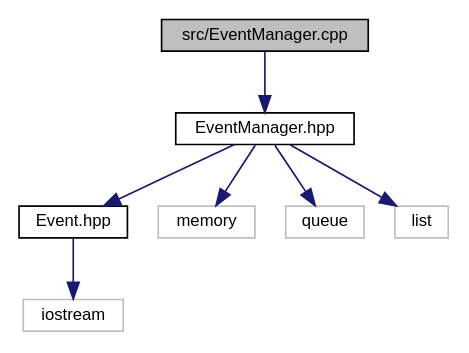
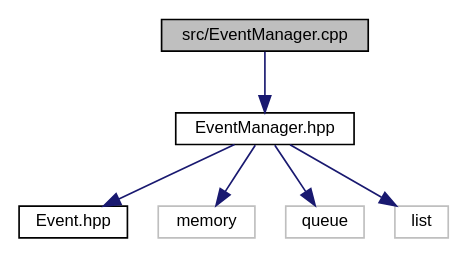
The diagram in _event_manager_8cpp__incl.dot (Wisteca/FilRougeDoc), drawn with Graphviz before and after one commit. The commit also changed 121 other files, not shown here.

```diff
--- a/_event_manager_8cpp__incl.dot
+++ b/_event_manager_8cpp__incl.dot
@@ -1,19 +1,17 @@
 digraph "src/EventManager.cpp"
 {
  // LATEX_PDF_SIZE
   edge [fontname="Helvetica",fontsize="10",labelfontname="Helvetica",labelfontsize="10"];
   node [fontname="Helvetica",fontsize="10",shape=record];
   Node1 [label="src/EventManager.cpp",height=0.2,width=0.4,color="black", fillcolor="grey75", style="filled", fontcolor="black",tooltip="Implementation of EventManager class."];
   Node1 -> Node2 [color="midnightblue",fontsize="10",style="solid",fontname="Helvetica"];
-  Node2 [label="EventManager.hpp",height=0.2,width=0.4,color="black", fillcolor="white", style="filled",URL="$_event_manager_8hpp.html",tooltip="Singleton that manages events."];
+  Node2 [label="EventManager.hpp",height=0.2,width=0.4,color="black", fillcolor="white", style="filled",URL="$_event_manager_8hpp.html",tooltip="Singleton that manages events processing."];
   Node2 -> Node3 [color="midnightblue",fontsize="10",style="solid",fontname="Helvetica"];
   Node3 [label="Event.hpp",height=0.2,width=0.4,color="black", fillcolor="white", style="filled",URL="$_event_8hpp.html",tooltip="File that contains Event and EventType declarations."];
-  Node3 -> Node4 [color="midnightblue",fontsize="10",style="solid",fontname="Helvetica"];
-  Node4 [label="iostream",height=0.2,width=0.4,color="grey75", fillcolor="white", style="filled",tooltip=" "];
+  Node2 -> Node4 [color="midnightblue",fontsize="10",style="solid",fontname="Helvetica"];
+  Node4 [label="memory",height=0.2,width=0.4,color="grey75", fillcolor="white", style="filled",tooltip=" "];
   Node2 -> Node5 [color="midnightblue",fontsize="10",style="solid",fontname="Helvetica"];
-  Node5 [label="memory",height=0.2,width=0.4,color="grey75", fillcolor="white", style="filled",tooltip=" "];
+  Node5 [label="queue",height=0.2,width=0.4,color="grey75", fillcolor="white", style="filled",tooltip=" "];
   Node2 -> Node6 [color="midnightblue",fontsize="10",style="solid",fontname="Helvetica"];
-  Node6 [label="queue",height=0.2,width=0.4,color="grey75", fillcolor="white", style="filled",tooltip=" "];
-  Node2 -> Node7 [color="midnightblue",fontsize="10",style="solid",fontname="Helvetica"];
-  Node7 [label="list",height=0.2,width=0.4,color="grey75", fillcolor="white", style="filled",tooltip=" "];
+  Node6 [label="list",height=0.2,width=0.4,color="grey75", fillcolor="white", style="filled",tooltip=" "];
 }
```
